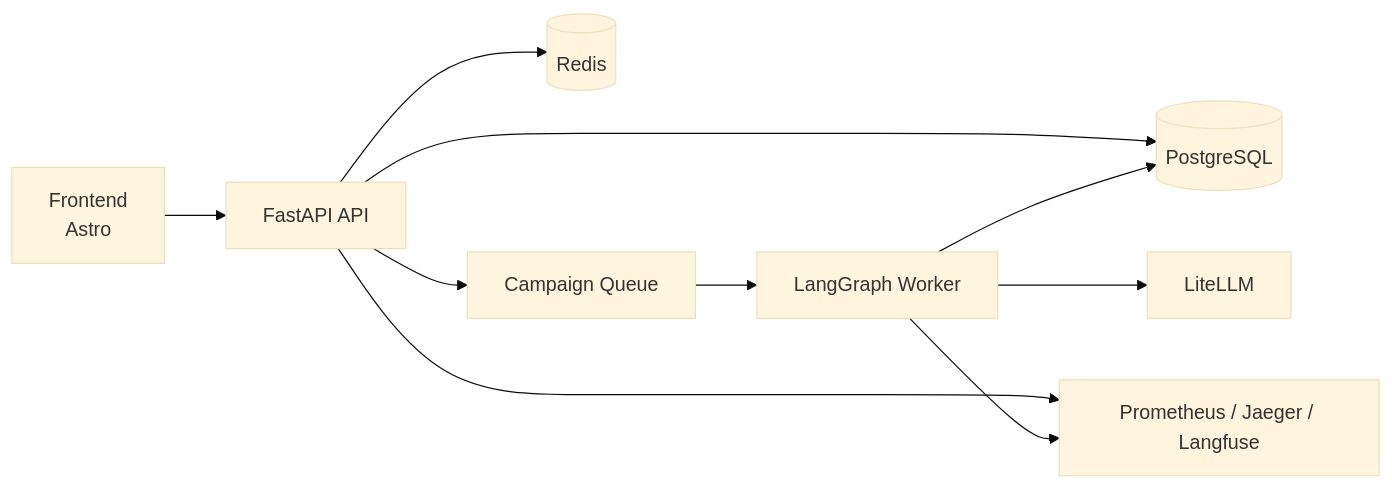
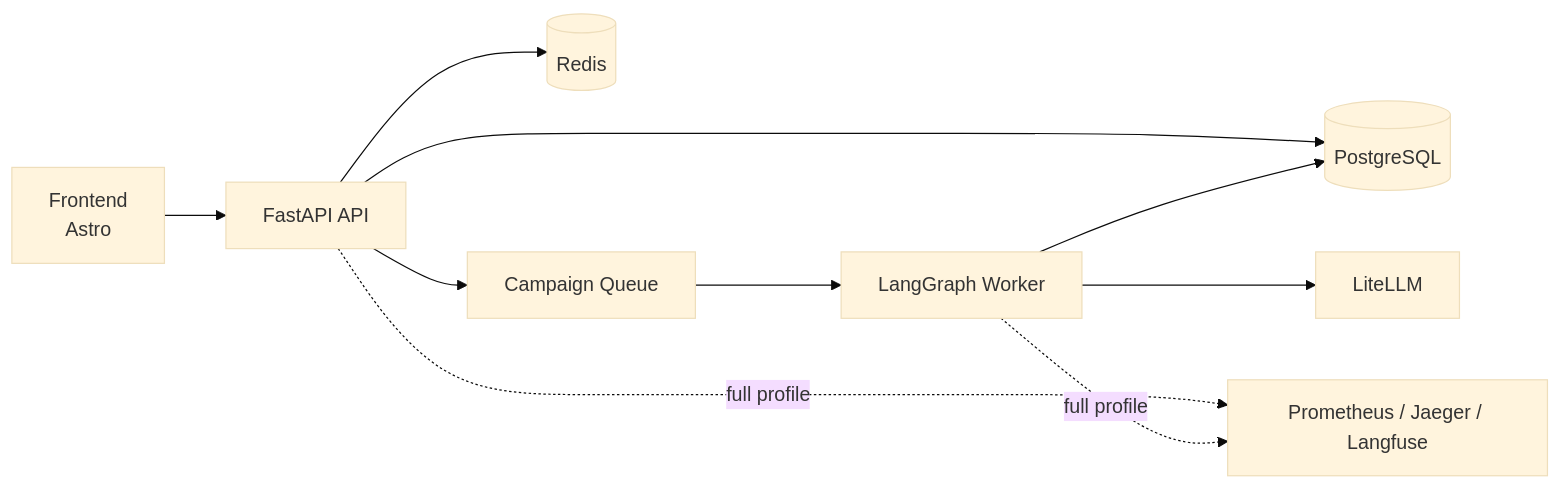
Before and after one commit to PavanRam/omnibrandstudio: the diagram in README.md, drawn with Mermaid (base theme). The commit also changed other lines of this file and 43 other files, not shown here.

````diff
--- a/README.md
+++ b/README.md
@@ -57,12 +60,12 @@
 ```mermaid
 flowchart LR
   UI[Frontend\nAstro] --> API[FastAPI API]
   API --> PG[(PostgreSQL)]
   API --> REDIS[(Redis)]
   API --> QUEUE[Campaign Queue]
   QUEUE --> WORKER[LangGraph Worker]
   WORKER --> LLM[LiteLLM]
   WORKER --> PG
-  API --> OBS[Prometheus / Jaeger / Langfuse]
-  WORKER --> OBS
+  API -. full profile .-> OBS[Prometheus / Jaeger / Langfuse]
+  WORKER -. full profile .-> OBS
 ```
````
